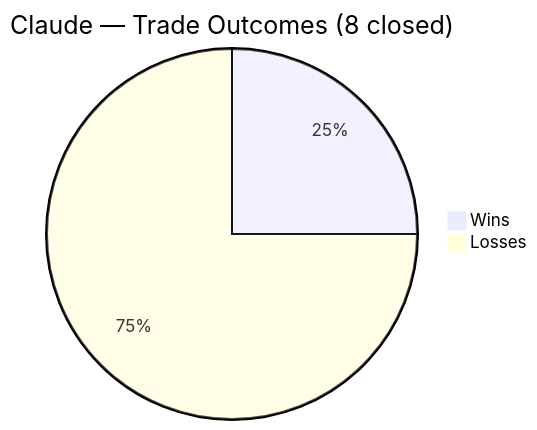
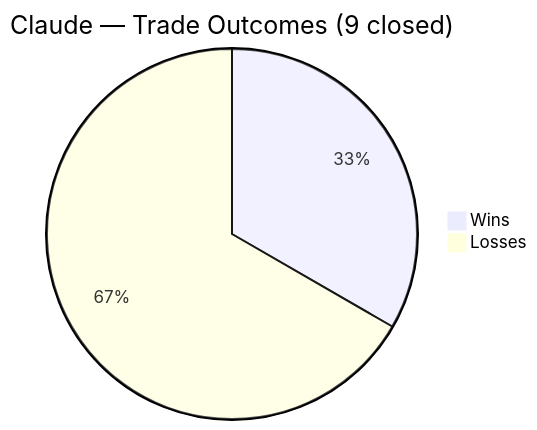
Before and after one commit to zachisit/ai-auto-buy-thesis: the third of 5 diagrams in README.md, drawn with Mermaid. The commit also changed other lines of this file and 6 other files, not shown here.

````diff
--- a/README.md
+++ b/README.md
@@ -47,5 +47,5 @@
 ```mermaid
-pie title Claude — Trade Outcomes (8 closed)
-    "Wins" : 2
+pie title Claude — Trade Outcomes (9 closed)
+    "Wins" : 3
     "Losses" : 6
 ```
````
